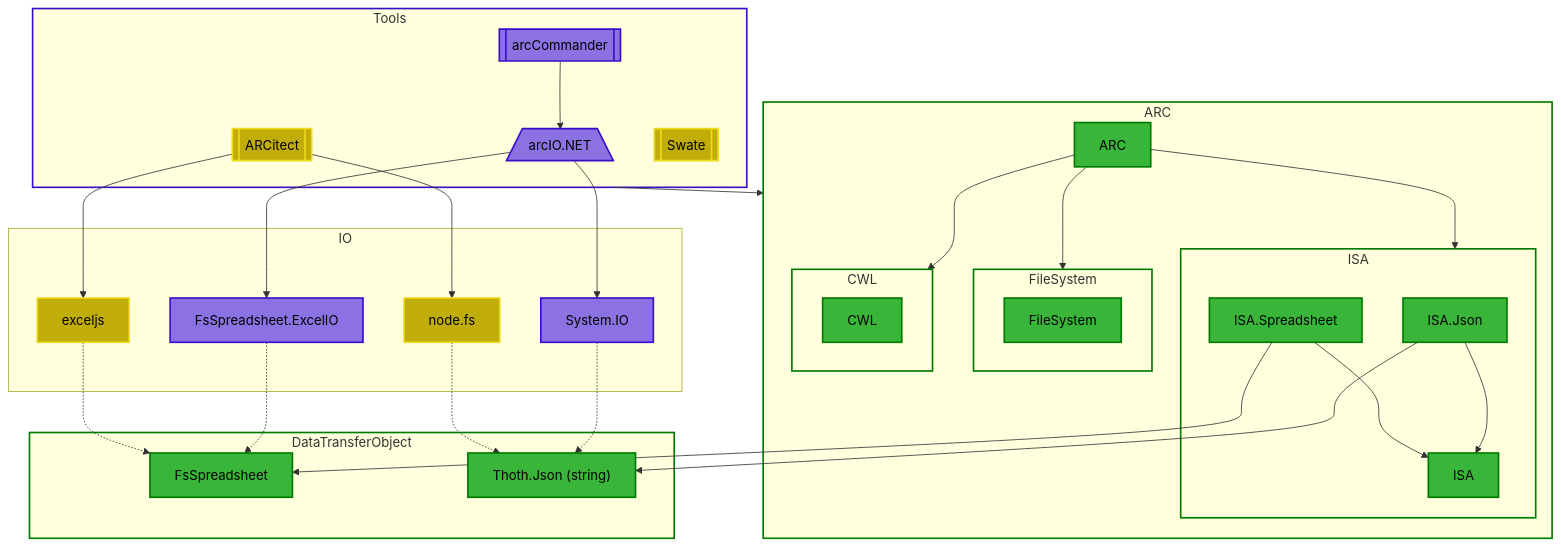
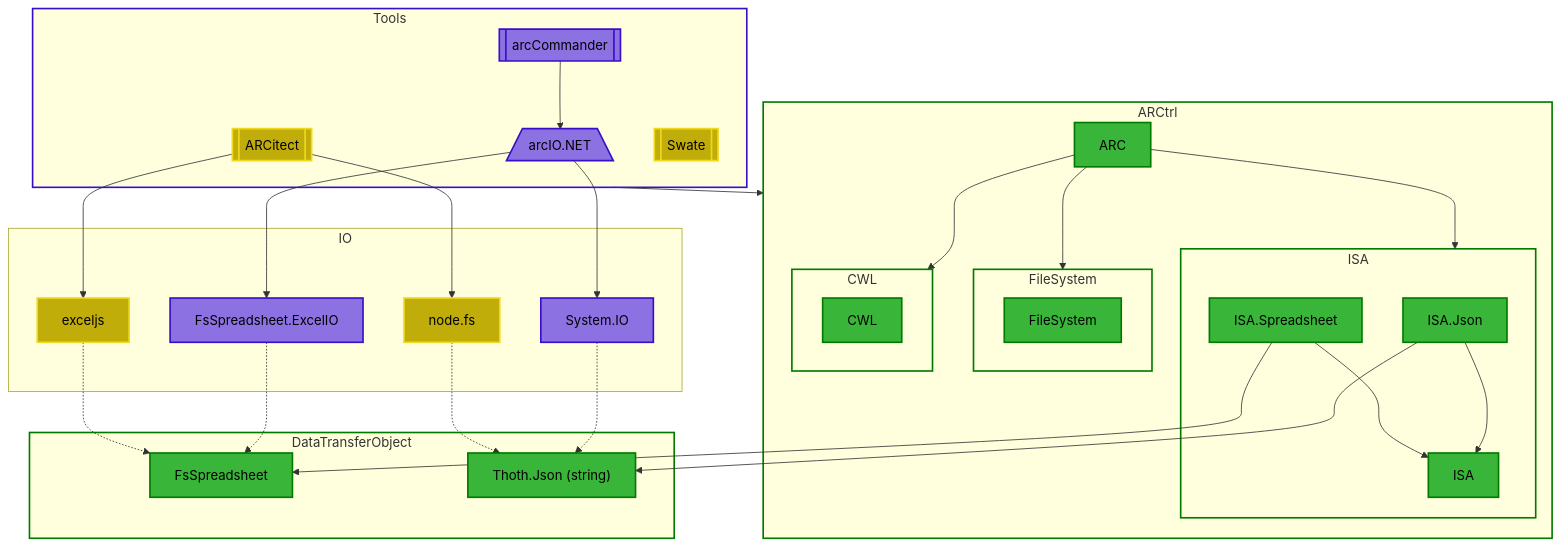
One commit to nfdi4plants/ARCtrl changed the first of 2 diagrams in README.md. Above: the diagram before and after it, drawn with Mermaid. The commit also changed other lines of this file, not shown here.

```diff
--- a/README.md
+++ b/README.md
@@ -52,7 +52,7 @@
 %% ----- Nodes ------
 
 
-subgraph ARC
+subgraph ARCtrl
     arc[ARC]
     
     subgraph ISA
@@ -107,7 +107,7 @@
 
 %% ----- Edges ------
 
-Tools --> ARC
+Tools --> ARCtrl
 
 arcdotnet --> fsspreadx
 arcdotnet --> systemio
@@ -138,7 +138,7 @@
 
 
 %% fable
-style ARC stroke:#007B00,stroke-width:2px
+style ARCtrl stroke:#007B00,stroke-width:2px
 style ISA stroke:#007B00,stroke-width:2px
 style FileSystem stroke:#007B00,stroke-width:2px
 style CWL stroke:#007B00,stroke-width:2px
```
